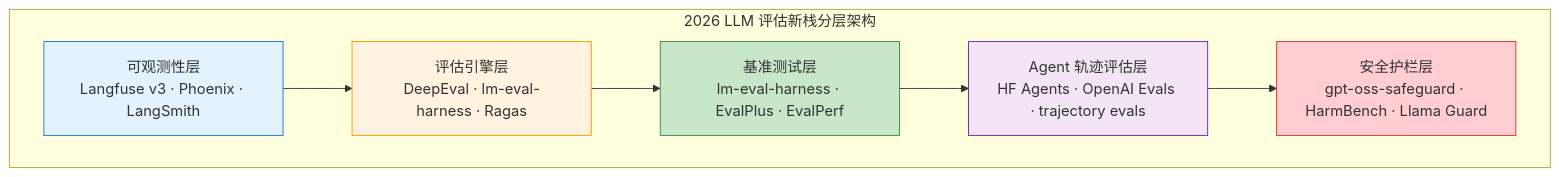
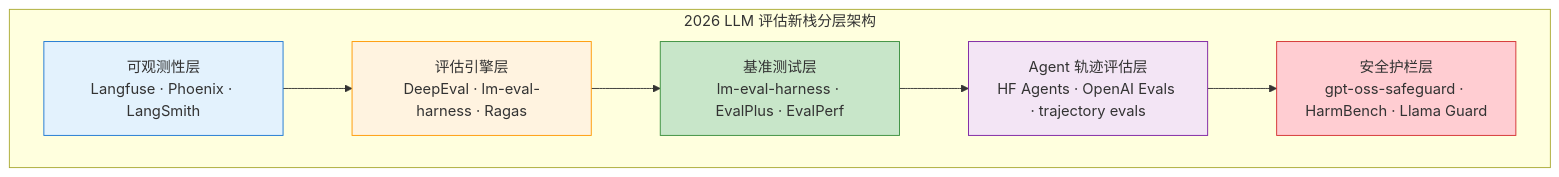
One commit to BeefWrap4/LLM-Knowledge-Base changed the tenth of 13 diagrams in 17_大模型评估体系.md. Above: the diagram before and after it, drawn with Mermaid. The commit also changed other lines of this file and 454 other files, not shown here.

````diff
--- a/17_大模型评估体系.md
+++ b/17_大模型评估体系.md
@@ -1365,20 +1147,20 @@
 ```mermaid
 graph TD
     subgraph "2026 LLM 评估新栈分层架构"
-        OBS["可观测性层<br/>Langfuse v3 · Phoenix · LangSmith"]
+        OBS["可观测性层<br/>Langfuse · Phoenix · LangSmith"]
         EVAL["评估引擎层<br/>DeepEval · lm-eval-harness · Ragas"]
         BENCH["基准测试层<br/>lm-eval-harness · EvalPlus · EvalPerf"]
         TRAJ["Agent 轨迹评估层<br/>HF Agents · OpenAI Evals · trajectory evals"]
         SAFE["安全护栏层<br/>gpt-oss-safeguard · HarmBench · Llama Guard"]
     end
     OBS --> EVAL
     EVAL --> BENCH
     BENCH --> TRAJ
     TRAJ --> SAFE
 
     style OBS fill:#e3f2fd,stroke:#1976d2
     style EVAL fill:#fff3e0,stroke:#ff9800
     style BENCH fill:#c8e6c9,stroke:#388e3c
     style TRAJ fill:#f3e5f5,stroke:#7b1fa2
     style SAFE fill:#ffcdd2,stroke:#d32f2f
 ```
````
